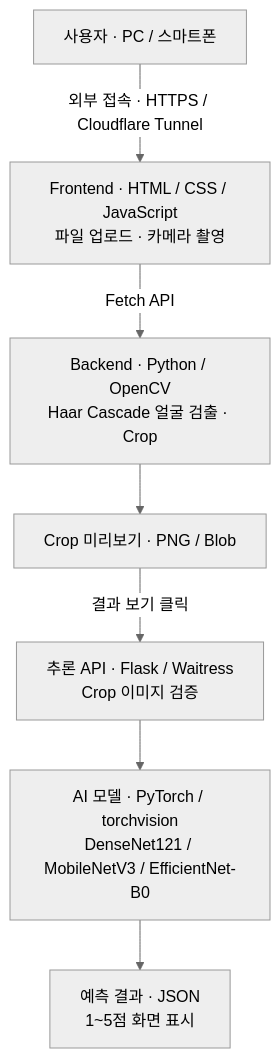
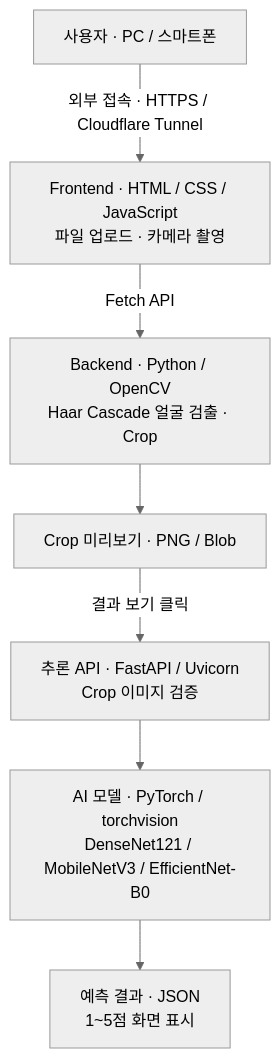
One commit to dada303/image_attractive_visionProject changed the diagram in README.md. Above: the diagram before and after it, drawn with Mermaid (neutral theme). The commit also changed other lines of this file and 5269 other files, not shown here.

````diff
--- a/README.md
+++ b/README.md
@@ -82,17 +82,17 @@
 ```mermaid
 flowchart TD
     USER["사용자 · PC / 스마트폰"]
     WEB["Frontend · HTML / CSS / JavaScript<br/>파일 업로드 · 카메라 촬영"]
     CROP["Backend · Python / OpenCV<br/>Haar Cascade 얼굴 검출 · Crop"]
     PREVIEW["Crop 미리보기 · PNG / Blob"]
-    API["추론 API · Flask / Waitress<br/>Crop 이미지 검증"]
+    API["추론 API · FastAPI / Uvicorn<br/>Crop 이미지 검증"]
     MODEL["AI 모델 · PyTorch / torchvision<br/>DenseNet121 / MobileNetV3 / EfficientNet-B0"]
     RESULT["예측 결과 · JSON<br/>1~5점 화면 표시"]
 
     USER -->|"외부 접속 · HTTPS / Cloudflare Tunnel"| WEB
     WEB -->|"Fetch API"| CROP
     CROP --> PREVIEW
     PREVIEW -->|"결과 보기 클릭"| API
     API --> MODEL
     MODEL --> RESULT
 ```
````
